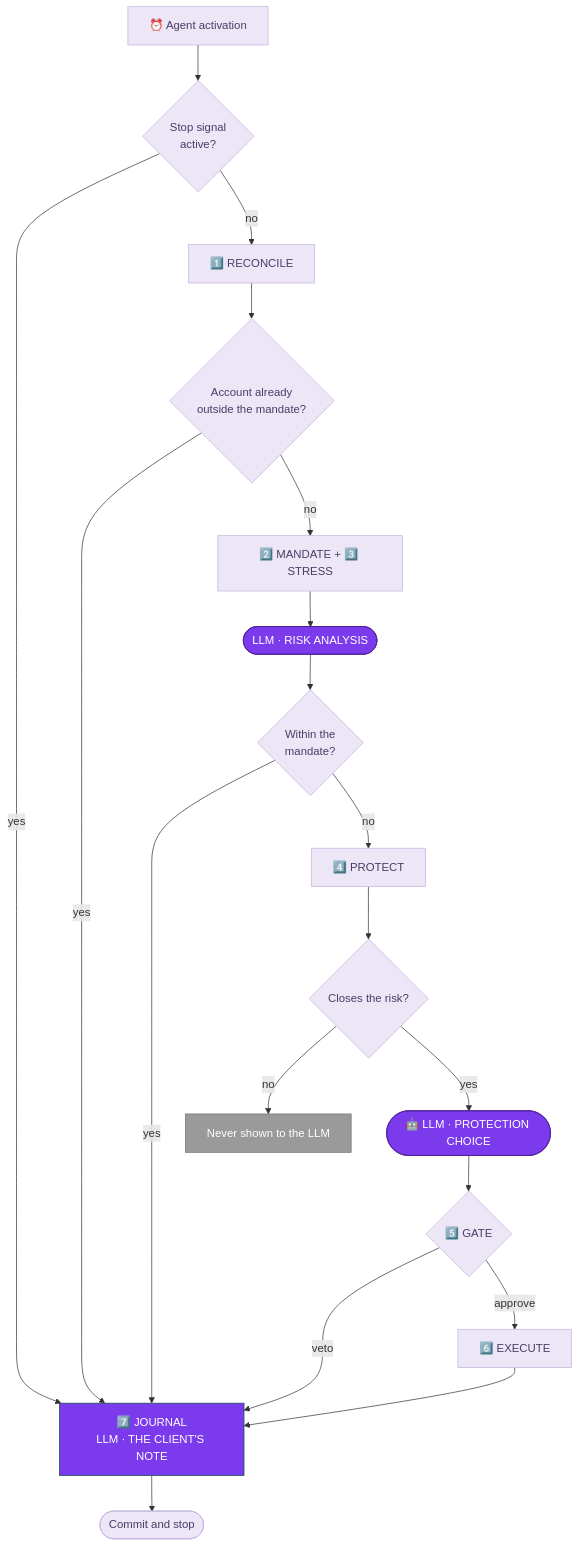
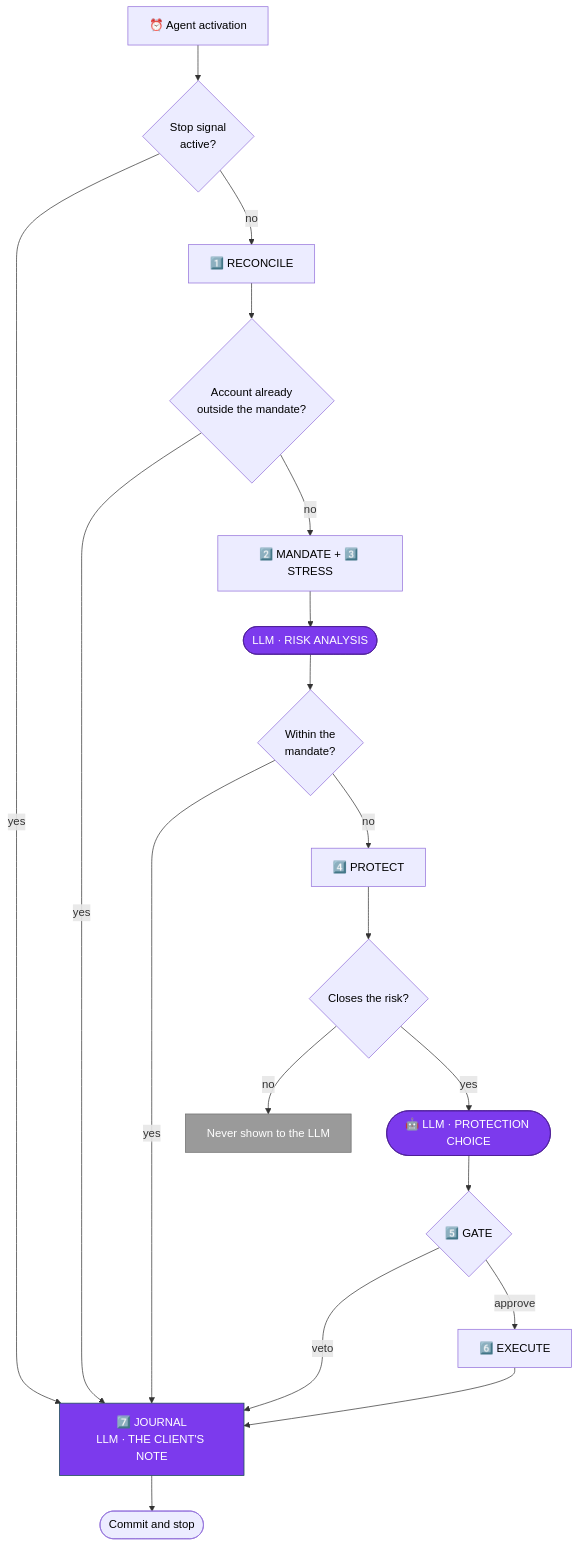
Before and after one commit to ol1ak5/Drawdown-Guard: the diagram in README.md, drawn with Mermaid.

Commit message:
Match the exact reference colour: Mermaid's own default node style
fill:#ececff, stroke:#9370db, color:#000000 - the pale lavender-white
box with a medium purple border and black text from the reference image.
This is Mermaid's built-in default node colour, which is presumably why
it looks right: it is the look every Mermaid diagram defaults to when
nobody overrides it.

````diff
--- a/README.md
+++ b/README.md
@@ -81,47 +81,47 @@
 ```mermaid
 flowchart TD
     CRON["⏰ Agent activation"] --> HALT{Stop signal<br/>active?}
     HALT -- yes --> JOURNAL
     HALT -- no --> RECONCILE
 
     RECONCILE["1️⃣ RECONCILE"] --> KILL{Account already<br/>outside the mandate?}
     KILL -- yes --> JOURNAL
     KILL -- no --> MANDATE
 
     MANDATE["2️⃣ MANDATE + 3️⃣ STRESS"] --> LLM1
     LLM1(["LLM · RISK ANALYSIS"]) --> GAP{Within the<br/>mandate?}
 
     GAP -- yes --> JOURNAL
     GAP -- no --> PROTECT
 
     PROTECT["4️⃣ PROTECT"] --> ELIGIBLE{Closes the risk?}
     ELIGIBLE -- no --> DROP[Never shown to the LLM]
     ELIGIBLE -- yes --> LLM2
 
     LLM2(["🤖 LLM · PROTECTION CHOICE"]) --> GATE
 
     GATE{"5️⃣ GATE"}
     GATE -- veto --> JOURNAL
     GATE -- approve --> EXECUTE
 
     EXECUTE["6️⃣ EXECUTE"] --> JOURNAL
 
     JOURNAL["7️⃣ JOURNAL<br/>LLM · THE CLIENT'S NOTE"] --> END([Commit and stop])
 
-    style CRON fill:#ece6f7,stroke:#c3b3dd,color:#4a3d66
-    style HALT fill:#ece6f7,stroke:#c3b3dd,color:#4a3d66
-    style RECONCILE fill:#ece6f7,stroke:#c3b3dd,color:#4a3d66
-    style KILL fill:#ece6f7,stroke:#c3b3dd,color:#4a3d66
-    style MANDATE fill:#ece6f7,stroke:#c3b3dd,color:#4a3d66
-    style GAP fill:#ece6f7,stroke:#c3b3dd,color:#4a3d66
-    style PROTECT fill:#ece6f7,stroke:#c3b3dd,color:#4a3d66
-    style ELIGIBLE fill:#ece6f7,stroke:#c3b3dd,color:#4a3d66
-    style GATE fill:#ece6f7,stroke:#c3b3dd,color:#4a3d66
-    style EXECUTE fill:#ece6f7,stroke:#c3b3dd,color:#4a3d66
-    style END fill:#ece6f7,stroke:#c3b3dd,color:#4a3d66
+    style CRON fill:#ececff,stroke:#9370db,color:#000000
+    style HALT fill:#ececff,stroke:#9370db,color:#000000
+    style RECONCILE fill:#ececff,stroke:#9370db,color:#000000
+    style KILL fill:#ececff,stroke:#9370db,color:#000000
+    style MANDATE fill:#ececff,stroke:#9370db,color:#000000
+    style GAP fill:#ececff,stroke:#9370db,color:#000000
+    style PROTECT fill:#ececff,stroke:#9370db,color:#000000
+    style ELIGIBLE fill:#ececff,stroke:#9370db,color:#000000
+    style GATE fill:#ececff,stroke:#9370db,color:#000000
+    style EXECUTE fill:#ececff,stroke:#9370db,color:#000000
+    style END fill:#ececff,stroke:#9370db,color:#000000
 
     style LLM1 fill:#7c3aed,stroke:#4c1d95,color:#fff
     style LLM2 fill:#7c3aed,stroke:#4c1d95,color:#fff
     style JOURNAL fill:#7c3aed,stroke:#134e4a,color:#fff
     style DROP fill:#9a9a9a,stroke:#6e6e6e,color:#ffffff
 ```
````
